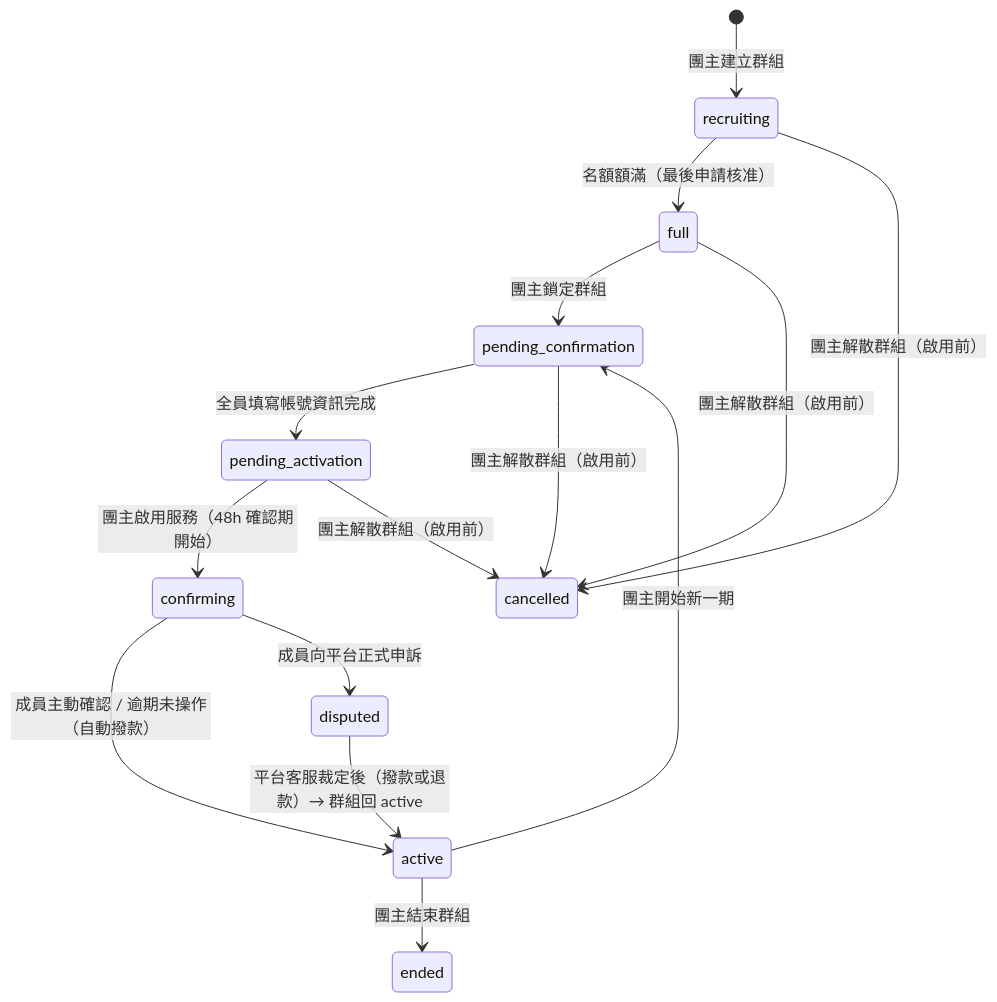
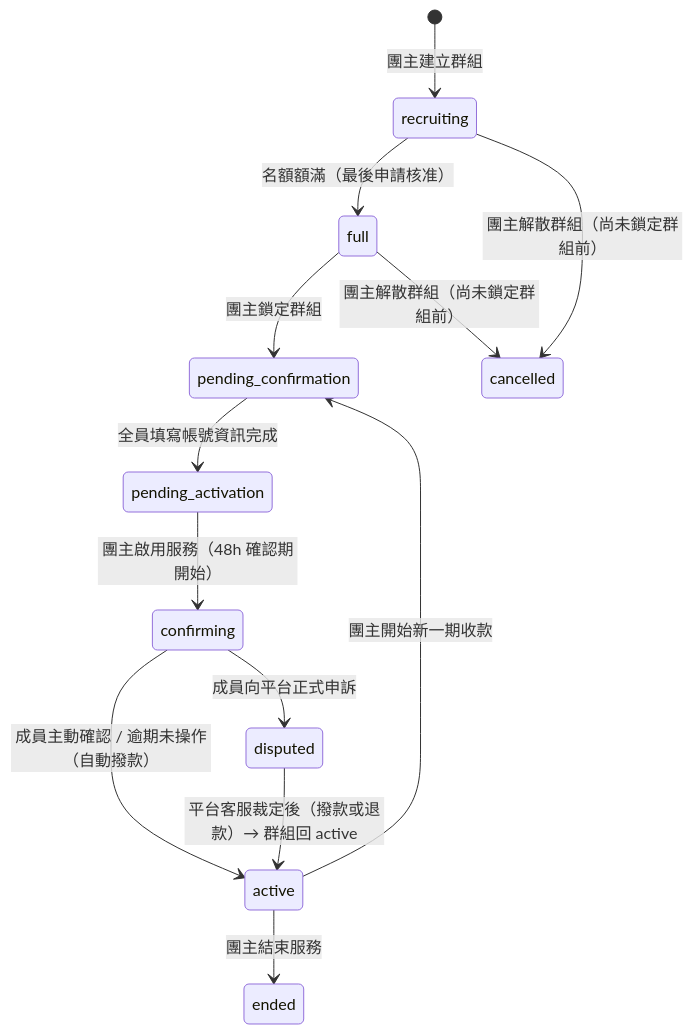
One commit to s1092055/PartyMatch changed the first of 15 diagrams in docs/user-flows.md. Above: the diagram before and after it, drawn with Mermaid. The commit also changed other lines of this file and 16 other files, not shown here.

````diff
--- a/docs/user-flows.md
+++ b/docs/user-flows.md
@@ -5,17 +5,15 @@
 ```mermaid
 stateDiagram-v2
   [*] --> recruiting : 團主建立群組
   recruiting --> full : 名額額滿（最後申請核准）
   full --> pending_confirmation : 團主鎖定群組
   pending_confirmation --> pending_activation : 全員填寫帳號資訊完成
   pending_activation --> confirming : 團主啟用服務（48h 確認期開始）
   confirming --> active : 成員主動確認 / 逾期未操作（自動撥款）
   confirming --> disputed : 成員向平台正式申訴
   disputed --> active : 平台客服裁定後（撥款或退款）→ 群組回 active
-  active --> pending_confirmation : 團主開始新一期
-  active --> ended : 團主結束群組
-  recruiting --> cancelled : 團主解散群組（啟用前）
-  full --> cancelled : 團主解散群組（啟用前）
-  pending_confirmation --> cancelled : 團主解散群組（啟用前）
-  pending_activation --> cancelled : 團主解散群組（啟用前）
+  active --> pending_confirmation : 團主開始新一期收款
+  active --> ended : 團主結束服務
+  recruiting --> cancelled : 團主解散群組（尚未鎖定群組前）
+  full --> cancelled : 團主解散群組（尚未鎖定群組前）
 ```
````
